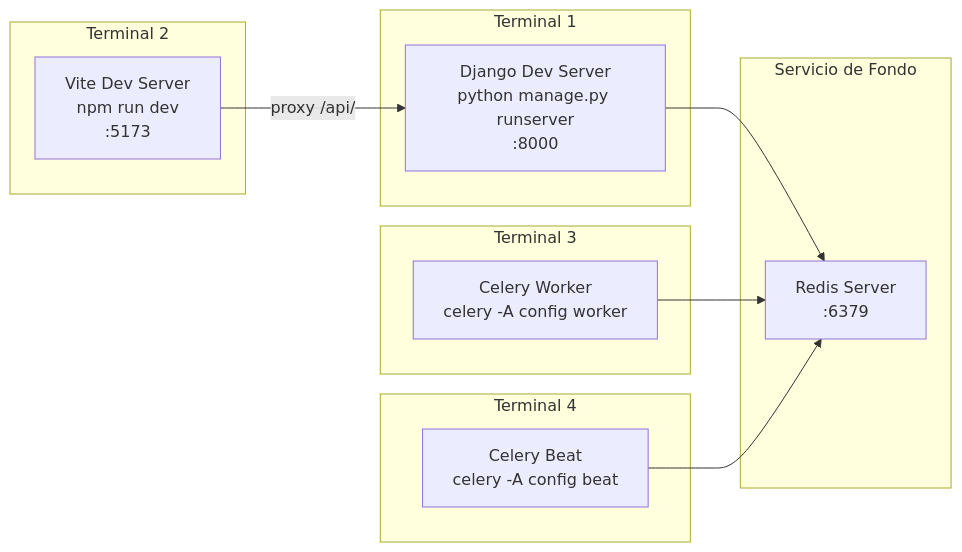
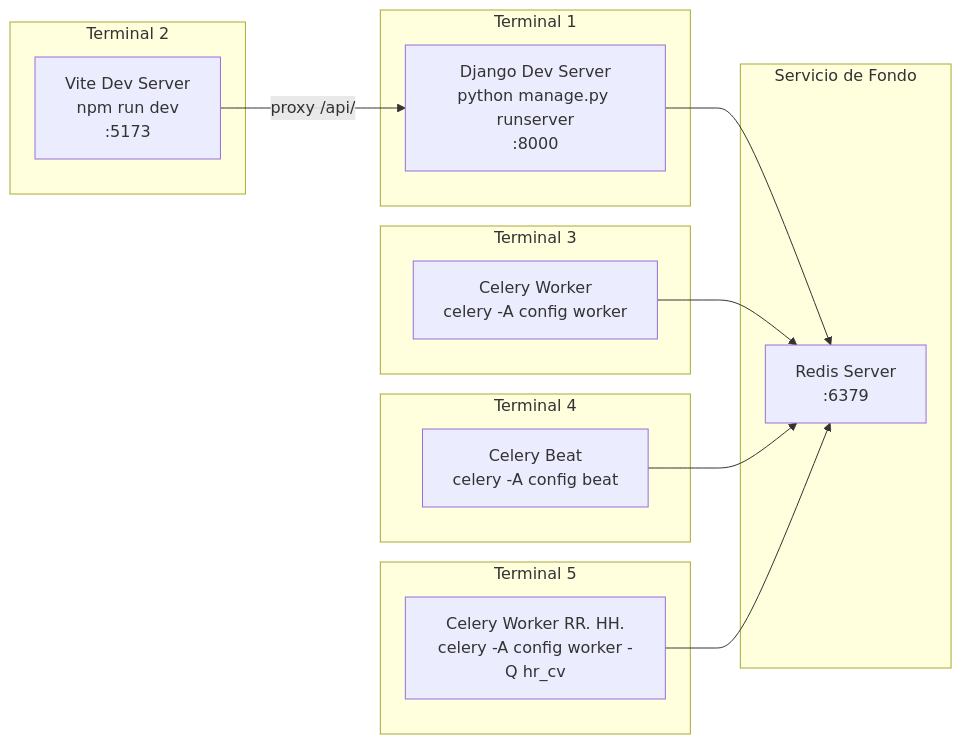
Before and after one commit to pccpegit/SYSPCCLOG: the third of 10 diagrams in docs/05_Guia_Despliegue_y_Produccion.md, drawn with Mermaid. The commit also changed other lines of this file and 42 other files, not shown here.

````diff
--- a/docs/05_Guia_Despliegue_y_Produccion.md
+++ b/docs/05_Guia_Despliegue_y_Produccion.md
@@ -202,27 +240,32 @@
 ```mermaid
 graph LR
     subgraph "Terminal 1"
         T1["Django Dev Server<br/>python manage.py runserver<br/>:8000"]
     end
 
     subgraph "Terminal 2"
         T2["Vite Dev Server<br/>npm run dev<br/>:5173"]
     end
 
     subgraph "Terminal 3"
         T3["Celery Worker<br/>celery -A config worker"]
     end
 
     subgraph "Terminal 4"
         T4["Celery Beat<br/>celery -A config beat"]
     end
 
+    subgraph "Terminal 5"
+        T5["Celery Worker RR. HH.<br/>celery -A config worker -Q hr_cv"]
+    end
+
     subgraph "Servicio de Fondo"
         REDIS_L["Redis Server<br/>:6379"]
     end
 
     T2 -->|proxy /api/| T1
     T1 --> REDIS_L
     T3 --> REDIS_L
     T4 --> REDIS_L
+    T5 --> REDIS_L
 ```
````
